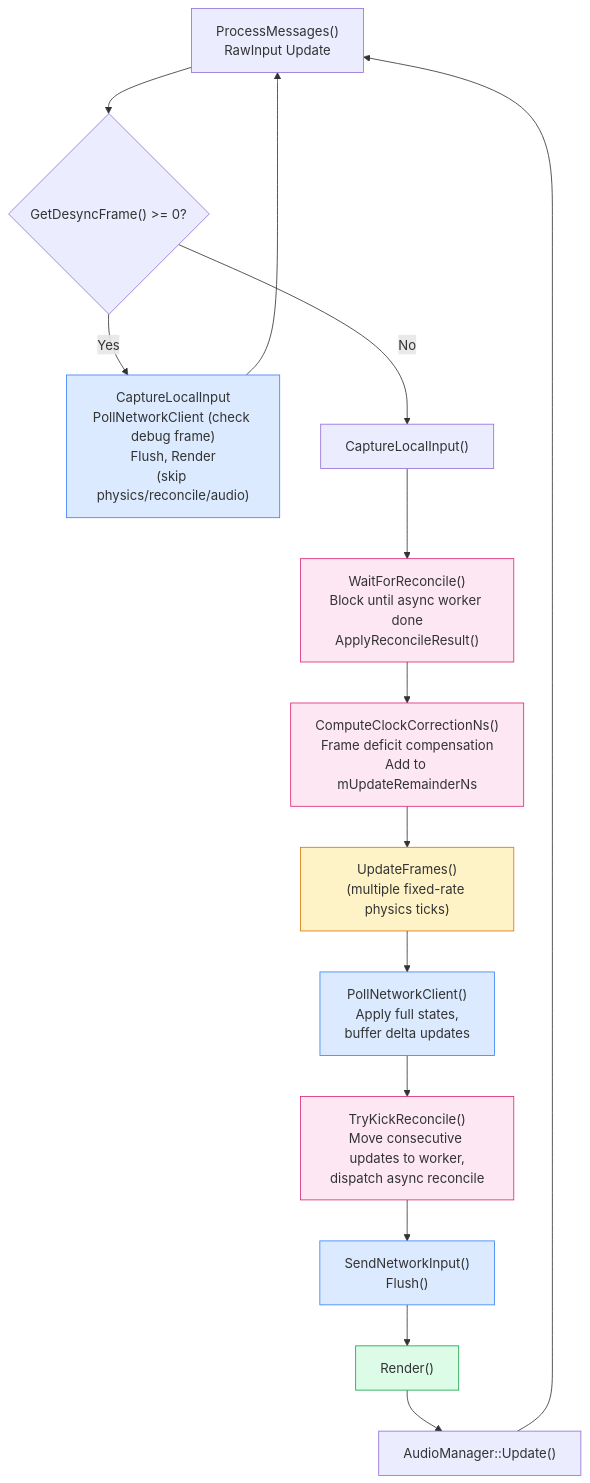
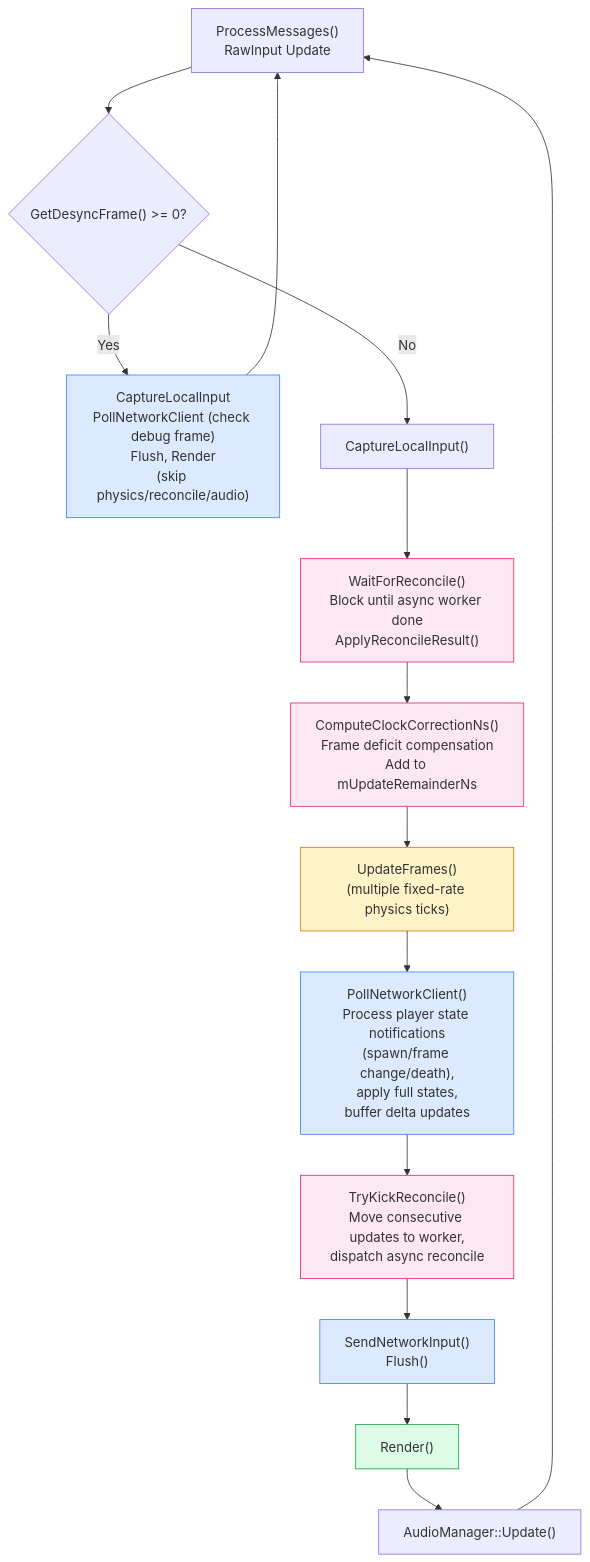
Before and after one commit to DougTanner/BrokenEnginePublic: the third of 4 diagrams in Documents/Architecture/GameReconciliation.md, drawn with Mermaid. The commit also changed other lines of this file and 22 other files, not shown here.

````diff
--- a/Documents/Architecture/GameReconciliation.md
+++ b/Documents/Architecture/GameReconciliation.md
@@ -69,34 +71,34 @@
 ```mermaid
 %%{init: {'theme': 'default'}}%%
 flowchart TD
     classDef network fill:#dbeafe,stroke:#3b82f6
     classDef physics fill:#fef3c7,stroke:#d97706
     classDef render fill:#dcfce7,stroke:#16a34a
     classDef reconcile fill:#fce7f3,stroke:#db2777
 
     MSG["ProcessMessages()<br/>RawInput Update"] --> DESYNC_CHECK
 
     DESYNC_CHECK{"GetDesyncFrame() >= 0?"}
     DESYNC_CHECK -->|"Yes"| DEBUG_PATH["CaptureLocalInput<br/>PollNetworkClient (check debug frame)<br/>Flush, Render<br/>(skip physics/reconcile/audio)"]:::network
     DEBUG_PATH --> MSG
 
     DESYNC_CHECK -->|"No"| INPUT["CaptureLocalInput()"]
 
     INPUT --> WAIT["WaitForReconcile()<br/>Block until async worker done<br/>ApplyReconcileResult()"]:::reconcile
 
     WAIT --> CLOCK["ComputeClockCorrectionNs()<br/>Frame deficit compensation<br/>Add to mUpdateRemainderNs"]:::reconcile
 
     CLOCK --> PHYSICS["UpdateFrames()<br/>(multiple fixed-rate physics ticks)"]:::physics
 
-    PHYSICS --> POLL["PollNetworkClient()<br/>Apply full states,<br/>buffer delta updates"]:::network
+    PHYSICS --> POLL["PollNetworkClient()<br/>Process player state notifications<br/>(spawn/frame change/death),<br/>apply full states,<br/>buffer delta updates"]:::network
 
     POLL --> KICK["TryKickReconcile()<br/>Move consecutive updates to worker,<br/>dispatch async reconcile"]:::reconcile
 
     KICK --> SEND["SendNetworkInput()<br/>Flush()"]:::network
 
     SEND --> RENDER["Render()"]:::render
 
     RENDER --> AUDIO["AudioManager::Update()"]
 
     AUDIO --> MSG
 ```
````
